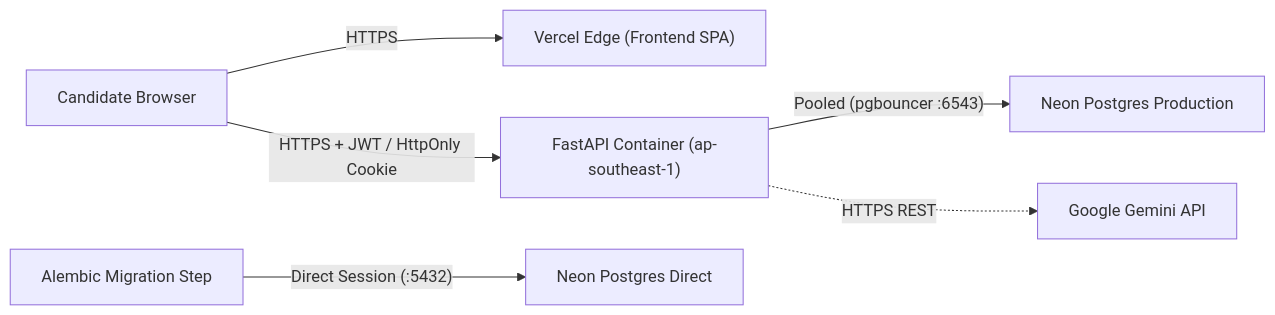
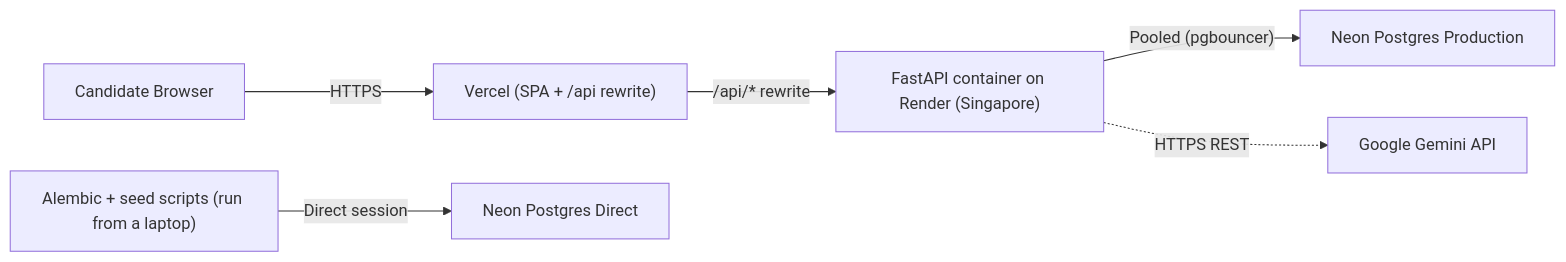
The diagram in docs/DEPLOYMENT.md (Fb-JAYRAJ/Placement-Copilot-), drawn with Mermaid before and after one commit. The commit also changed other lines of this file and 1 other file, not shown here.

First line of the commit message:
docs: Render + Vercel deployment plan, remove demo account references

````diff
--- a/docs/DEPLOYMENT.md
+++ b/docs/DEPLOYMENT.md
@@ -17,8 +19,8 @@
 ```mermaid
 flowchart LR
-    User["Candidate Browser"] -->|HTTPS| Vercel["Vercel Edge (Frontend SPA)"]
-    User -->|"HTTPS + JWT / HttpOnly Cookie"| Backend["FastAPI Container (ap-southeast-1)"]
-    Backend -->|"Pooled (pgbouncer :6543)"| NeonPool["Neon Postgres Production"]
-    Alembic["Alembic Migration Step"] -->|"Direct Session (:5432)"| NeonDirect["Neon Postgres Direct"]
+    User["Candidate Browser"] -->|HTTPS| Vercel["Vercel (SPA + /api rewrite)"]
+    Vercel -->|"/api/* rewrite"| Backend["FastAPI container on Render (Singapore)"]
+    Backend -->|"Pooled (pgbouncer)"| NeonPool["Neon Postgres Production"]
+    Alembic["Alembic + seed scripts (run from a laptop)"] -->|"Direct session"| NeonDirect["Neon Postgres Direct"]
     Backend -.->|"HTTPS REST"| Gemini["Google Gemini API"]
 ```
````
